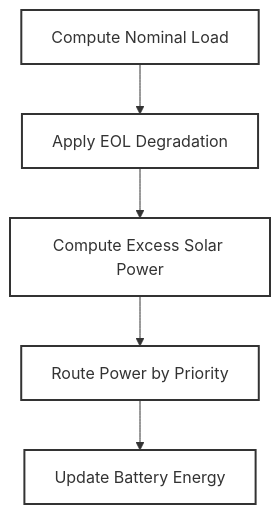
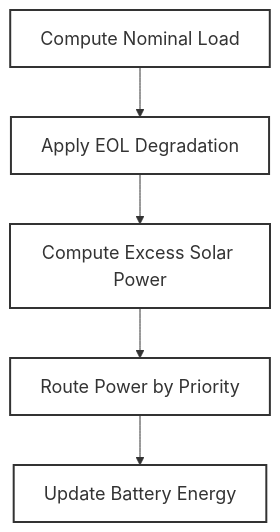
One commit to chetan0021/spacecraft-eps-power-budget changed the eighth of 8 diagrams in README.md. Above: the diagram before and after it, drawn with Mermaid. The commit also changed other lines of this file, not shown here.

Commit message:
docs: overhaul Mermaid diagrams for visibility and add hifi spacecraft silhouette

````diff
--- a/README.md
+++ b/README.md
@@ -379,11 +386,11 @@
 ```mermaid
 flowchart TD
-    %% Styling
-    classDef default font-family:Inter,font-size:16px,color:#333,stroke-width:2px;
-    classDef nodeStyle fill:#ffffff,stroke:#333,stroke-width:2px;
+    %% Styling and Contrast
+    classDef default font-family:Inter,font-size:18px,color:#333,stroke-width:2px;
+    classDef nodeStyle fill:#ffffff,stroke:#333,stroke-width:2px,color:#333;
 
     A[Compute Nominal Load]:::nodeStyle --> B[Apply EOL Degradation]:::nodeStyle
     B --> C[Compute Excess Solar Power]:::nodeStyle
     C --> D[Route Power by Priority]:::nodeStyle
     D --> E[Update Battery Energy]:::nodeStyle
 ```
````
